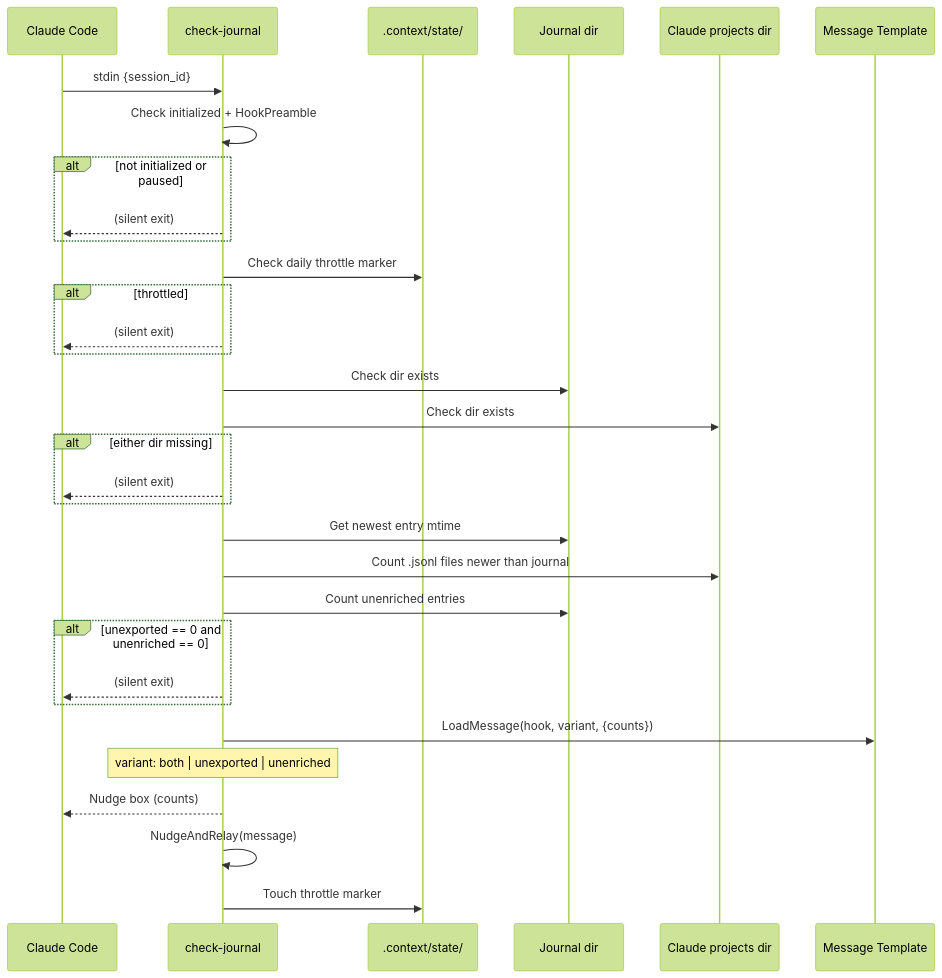
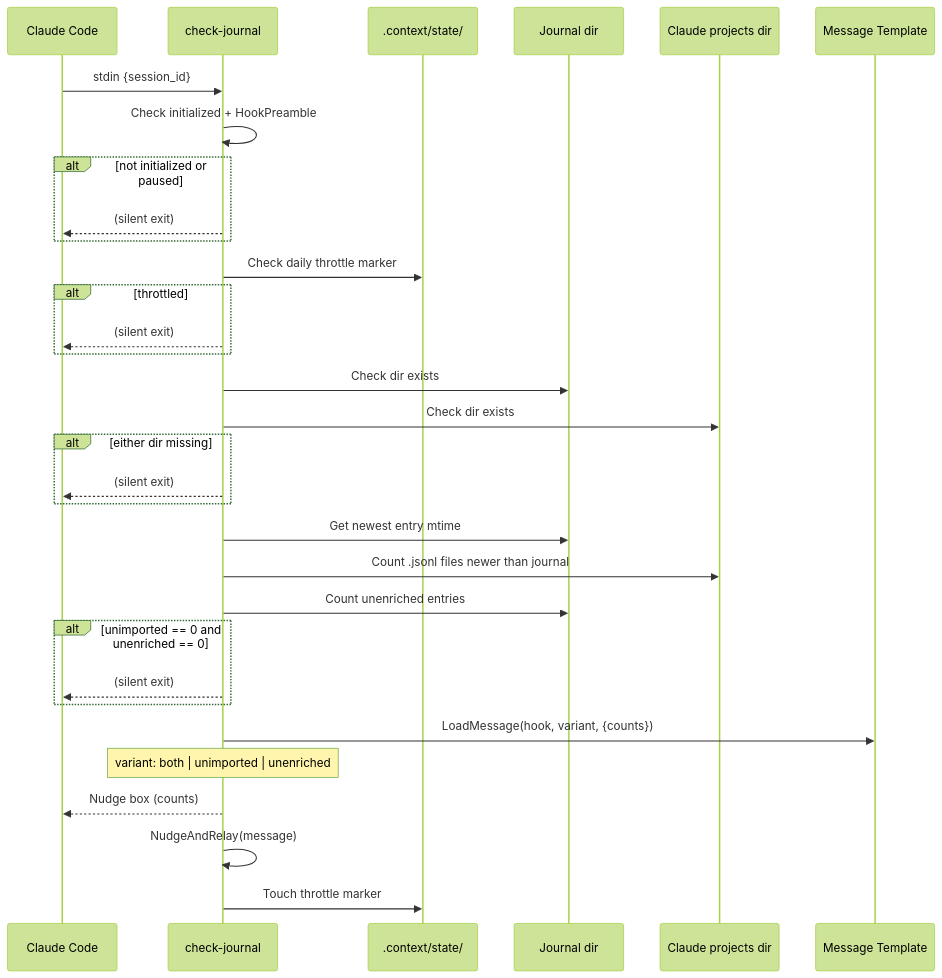
Before and after one commit to ActiveMemory/ctx: the tenth of 20 diagrams in docs/recipes/hook-sequence-diagrams.md, drawn with Mermaid (forest theme). The commit also changed other lines of this file and 115 other files, not shown here.

````diff
--- a/docs/recipes/hook-sequence-diagrams.md
+++ b/docs/recipes/hook-sequence-diagrams.md
@@ -379,35 +379,35 @@
 ```mermaid
 sequenceDiagram
     participant CC as Claude Code
     participant Hook as check-journal
     participant State as .context/state/
     participant Journal as Journal dir
     participant Claude as Claude projects dir
     participant Tpl as Message Template
 
     CC->>Hook: stdin {session_id}
     Hook->>Hook: Check initialized + HookPreamble
     alt not initialized or paused
         Hook-->>CC: (silent exit)
     end
     Hook->>State: Check daily throttle marker
     alt throttled
         Hook-->>CC: (silent exit)
     end
     Hook->>Journal: Check dir exists
     Hook->>Claude: Check dir exists
     alt either dir missing
         Hook-->>CC: (silent exit)
     end
     Hook->>Journal: Get newest entry mtime
     Hook->>Claude: Count .jsonl files newer than journal
     Hook->>Journal: Count unenriched entries
-    alt unexported == 0 and unenriched == 0
+    alt unimported == 0 and unenriched == 0
         Hook-->>CC: (silent exit)
     end
     Hook->>Tpl: LoadMessage(hook, variant, {counts})
-    Note over Hook: variant: both | unexported | unenriched
+    Note over Hook: variant: both | unimported | unenriched
     Hook-->>CC: Nudge box (counts)
     Hook->>Hook: NudgeAndRelay(message)
     Hook->>State: Touch throttle marker
 ```
````
